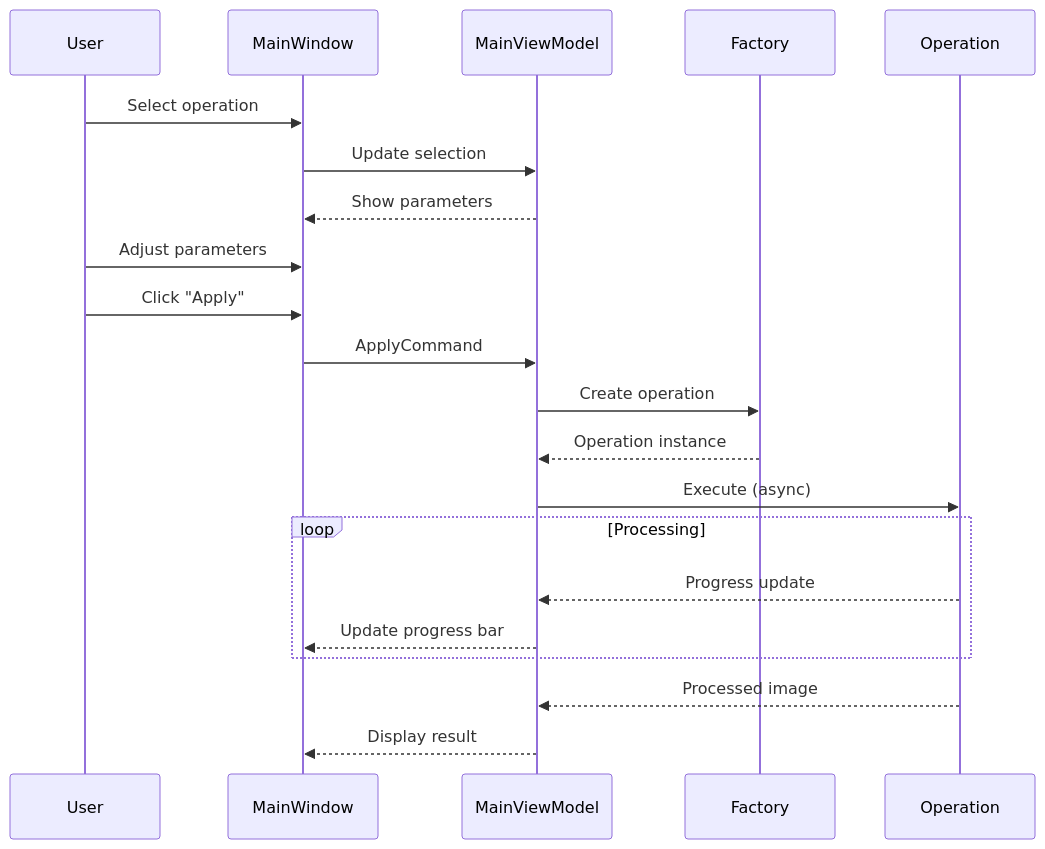
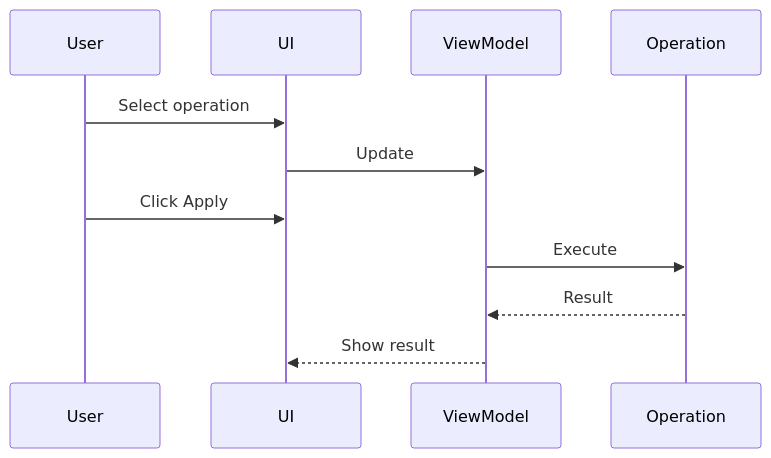
The sixth of 10 diagrams in ARCHITECTURE.md (Anoopa-kedila/ImageReviewer), drawn with Mermaid before and after one commit. The commit also changed other lines of this file, not shown here.

First line of the commit message:
Simplify diagrams to look more human-made

````diff
--- a/ARCHITECTURE.md
+++ b/ARCHITECTURE.md
@@ -197,18 +160,9 @@
 ```mermaid
 sequenceDiagram
-    User->>MainWindow: Select operation
-    MainWindow->>MainViewModel: Update selection
-    MainViewModel-->>MainWindow: Show parameters
-    User->>MainWindow: Adjust parameters
-    User->>MainWindow: Click "Apply"
-    MainWindow->>MainViewModel: ApplyCommand
-    MainViewModel->>Factory: Create operation
-    Factory-->>MainViewModel: Operation instance
-    MainViewModel->>Operation: Execute (async)
-    loop Processing
-        Operation-->>MainViewModel: Progress update
-        MainViewModel-->>MainWindow: Update progress bar
-    end
-    Operation-->>MainViewModel: Processed image
-    MainViewModel-->>MainWindow: Display result
+    User->>UI: Select operation
+    UI->>ViewModel: Update
+    User->>UI: Click Apply
+    ViewModel->>Operation: Execute
+    Operation-->>ViewModel: Result
+    ViewModel-->>UI: Show result
 ```
````
